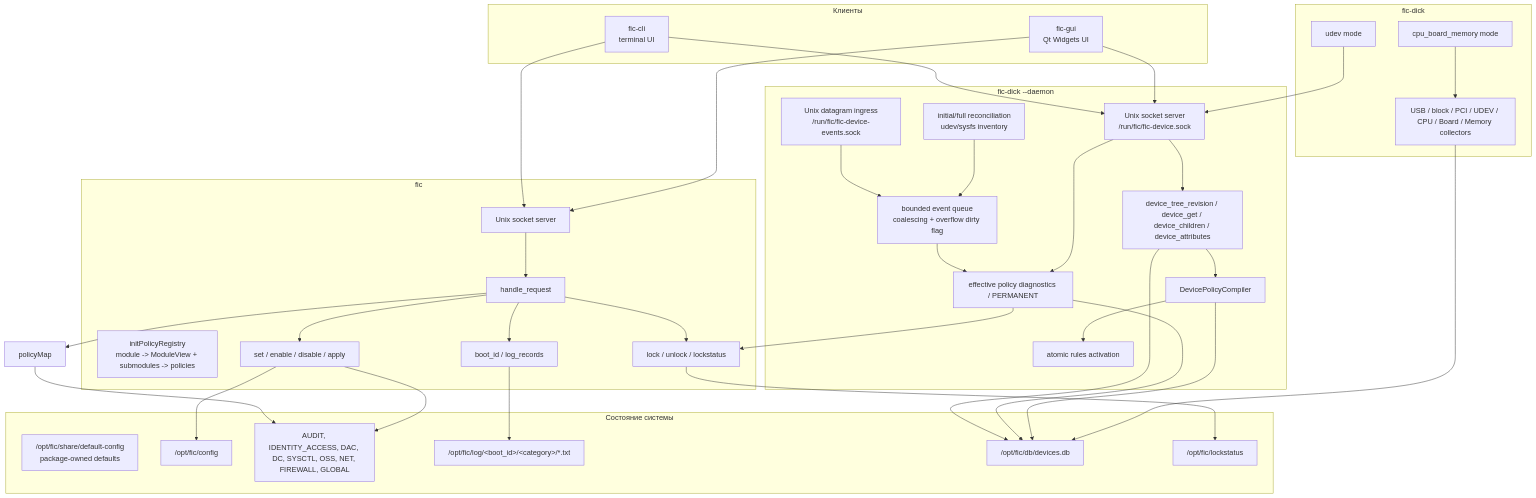
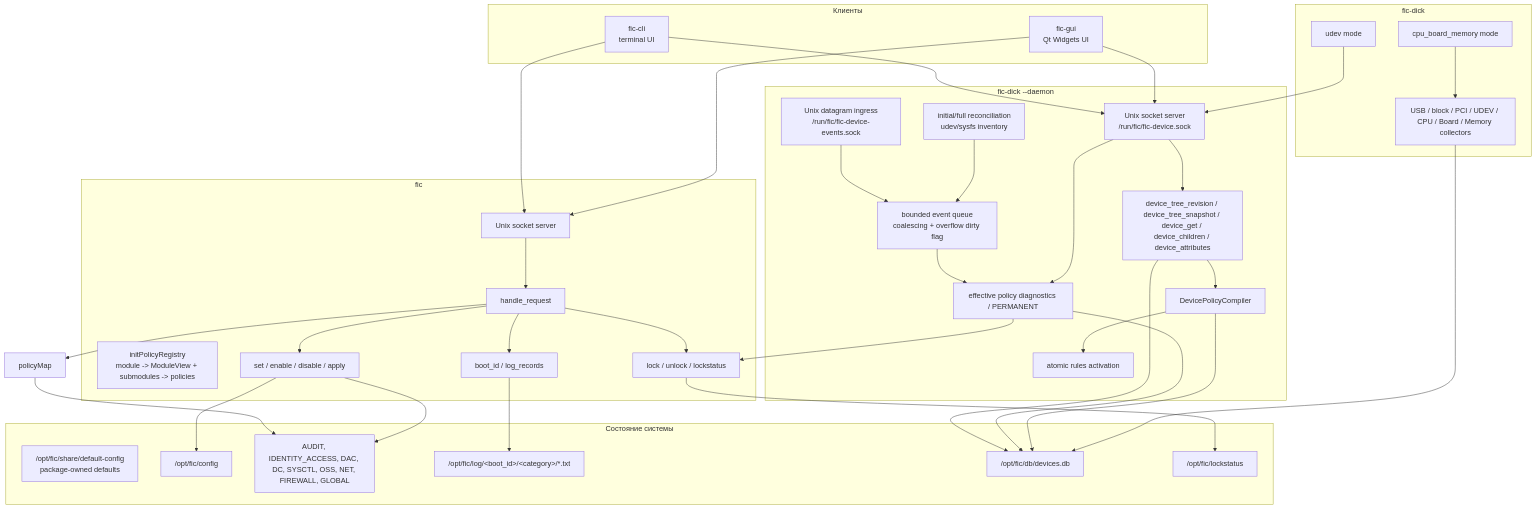
Before and after one commit to RevoltStar/FIC: the second of 20 diagrams in docs/architecture-diagrams.md, drawn with Mermaid. The commit also changed other lines of this file and 11 other files, not shown here.

````diff
--- a/docs/architecture-diagrams.md
+++ b/docs/architecture-diagrams.md
@@ -78,73 +78,73 @@
 ```mermaid
 flowchart TB
     subgraph Clients[Клиенты]
         cli["fic-cli<br/>terminal UI"]
         gui["fic-gui<br/>Qt Widgets UI"]
     end
 
     subgraph Daemon[fic]
         ipcServer[Unix socket server]
         requestRouter[handle_request]
         policyRegistry["initPolicyRegistry<br/>module -> ModuleView + submodules -> policies"]
         policyOps[set / enable / disable / apply]
         logApi[boot_id / log_records]
         lockApi[lock / unlock / lockstatus]
     end
 
     subgraph DeviceDaemon["fic-dick --daemon"]
         deviceIpc[Unix socket server<br/>/run/fic/fic-device.sock]
         eventIpc[Unix datagram ingress<br/>/run/fic/fic-device-events.sock]
         reconcile[initial/full reconciliation<br/>udev/sysfs inventory]
         eventQueue[bounded event queue<br/>coalescing + overflow dirty flag]
-        deviceApi[device_tree_revision / device_get / device_children / device_attributes]
+        deviceApi[device_tree_revision / device_tree_snapshot / device_get / device_children / device_attributes]
         deviceCompiler[DevicePolicyCompiler]
         deviceActivator[atomic rules activation]
         devicePolicy[effective policy diagnostics / PERMANENT]
     end
 
     subgraph CoreStorage[Состояние системы]
         defaults["/opt/fic/share/default-config<br/>package-owned defaults"]
         config["/opt/fic/config"]
         modules[AUDIT, IDENTITY_ACCESS, DAC, DC, SYSCTL, OSS, NET, FIREWALL, GLOBAL]
         logs["/opt/fic/log/&lt;boot_id&gt;/&lt;category&gt;/*.txt"]
         db["/opt/fic/db/devices.db"]
         lockstatus["/opt/fic/lockstatus"]
     end
 
     subgraph Collectors[fic-dick]
         udevMode[udev mode]
         staticMode[cpu_board_memory mode]
         collectors[USB / block / PCI / UDEV / CPU / Board / Memory collectors]
     end
 
     cli --> ipcServer
     gui --> ipcServer
     cli --> deviceIpc
     gui --> deviceIpc
     ipcServer --> requestRouter
     requestRouter --> policyMap
     requestRouter --> policyOps
     requestRouter --> logApi
     requestRouter --> lockApi
     deviceIpc --> deviceApi
     eventIpc --> eventQueue
     reconcile --> eventQueue
     eventQueue --> devicePolicy
     deviceIpc --> devicePolicy
     deviceApi --> deviceCompiler
     deviceCompiler --> deviceActivator
 
     policyMap --> modules
     policyOps --> config
     policyOps --> modules
     logApi --> logs
     deviceApi --> db
     devicePolicy --> db
     deviceCompiler --> db
     lockApi --> lockstatus
     devicePolicy --> lockApi
 
     udevMode --> deviceIpc
     staticMode --> collectors
     collectors --> db
 ```
````
